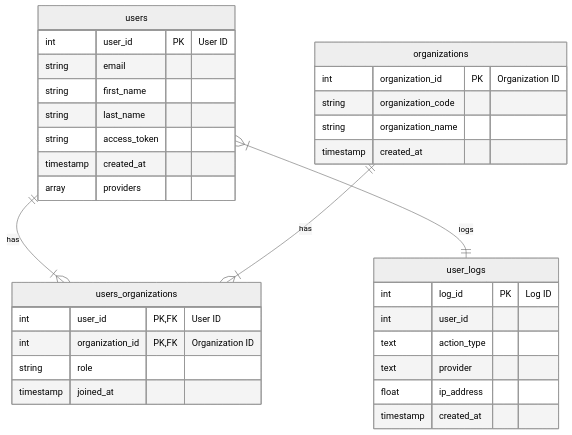
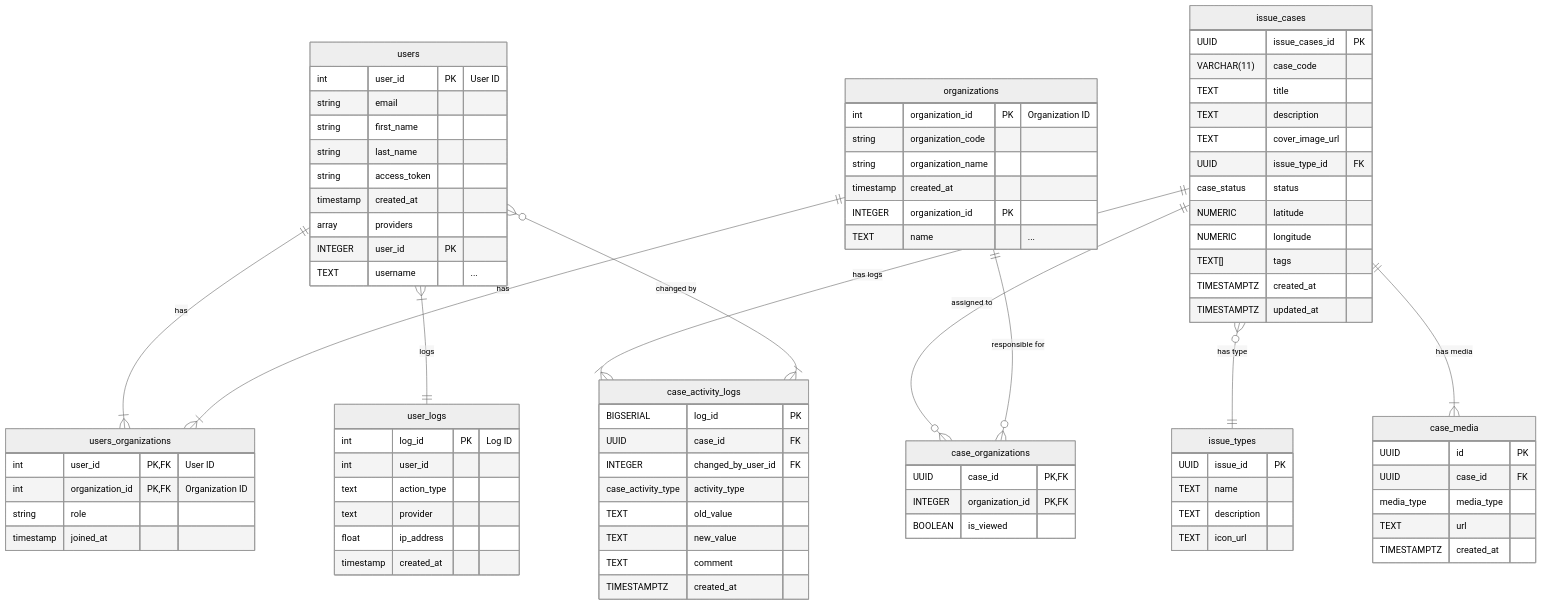
Before and after one commit to TanedW/premium_citydata_API_AB: the diagram in README.md, drawn with Mermaid (neutral theme).

````diff
--- a/README.md
+++ b/README.md
@@ -35,8 +35,74 @@
         string role
         timestamp joined_at
     }
+        users {
+        INTEGER user_id PK
+        TEXT username "..."
+    }
+
+    organizations {
+        INTEGER organization_id PK
+        TEXT name "..."
+    }
+
+    issue_types {
+        UUID issue_id PK
+        TEXT name
+        TEXT description
+        TEXT icon_url
+    }
+
+    issue_cases {
+        UUID issue_cases_id PK
+        VARCHAR(11) case_code
+        TEXT title
+        TEXT description
+        TEXT cover_image_url
+        UUID issue_type_id FK
+        case_status status
+        NUMERIC latitude
+        NUMERIC longitude
+        TEXT[] tags
+        TIMESTAMPTZ created_at
+        TIMESTAMPTZ updated_at
+    }
+
+    case_media {
+        UUID id PK
+        UUID case_id FK
+        media_type media_type
+        TEXT url
+        TIMESTAMPTZ created_at
+    }
+
+    case_organizations {
+        UUID case_id PK, FK
+        INTEGER organization_id PK, FK
+        BOOLEAN is_viewed
+    }
+
+    case_activity_logs {
+        BIGSERIAL log_id PK
+        UUID case_id FK
+        INTEGER changed_by_user_id FK
+        case_activity_type activity_type
+        TEXT old_value
+        TEXT new_value
+        TEXT comment
+        TIMESTAMPTZ created_at
+    }
 
     users ||--|{ users_organizations : "has"
     users }|--|| user_logs : "logs"
     organizations ||--|{ users_organizations : "has"
+    issue_cases }o--|| issue_types : "has type"
+
+    issue_cases ||--|{ case_media : "has media"
+
+    issue_cases ||--|{ case_activity_logs : "has logs"
+
+    users }o--|{ case_activity_logs : "changed by"
+
+    issue_cases ||--o{ case_organizations : "assigned to"
+    organizations ||--o{ case_organizations : "responsible for"
 ```
````
